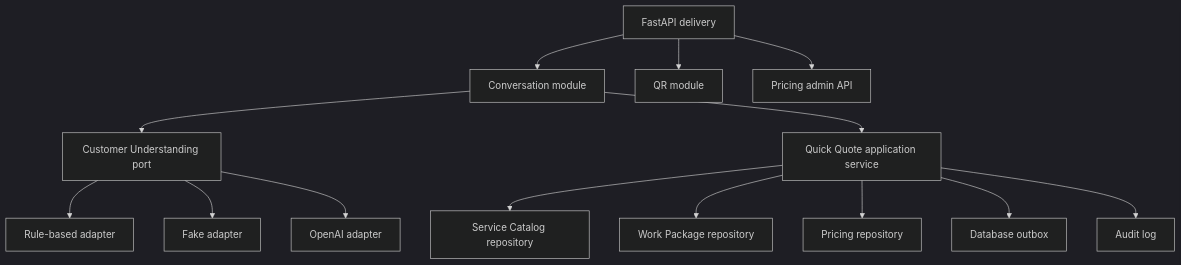
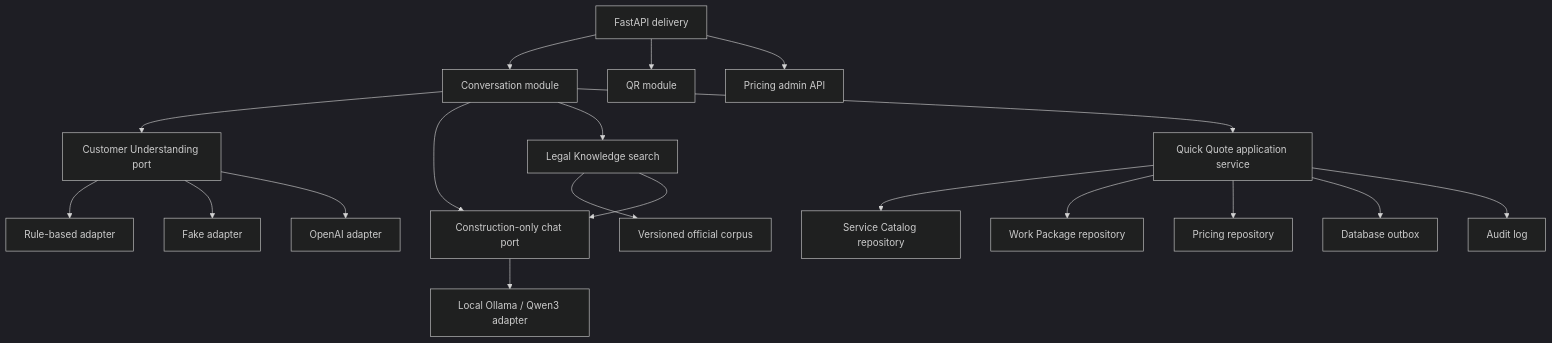
Before and after one commit to twonezerotwo-hue/gursar-ai: the second of 3 diagrams in docs/architecture/OVERVIEW.md, drawn with Mermaid (dark theme). The commit also changed other lines of this file and 39 other files, not shown here.

Commit message:
feat: add local construction AI and premium quote flows

````diff
--- a/docs/architecture/OVERVIEW.md
+++ b/docs/architecture/OVERVIEW.md
@@ -26,16 +26,21 @@
 ```mermaid
 flowchart TB
     API["FastAPI delivery"] --> Conversation["Conversation module"]
     API --> QR["QR module"]
     API --> PricingAdmin["Pricing admin API"]
     Conversation --> Understanding["Customer Understanding port"]
+    Conversation --> ConstructionChat["Construction-only chat port"]
     Understanding --> RuleBased["Rule-based adapter"]
     Understanding --> Fake["Fake adapter"]
     Understanding --> OpenAI["OpenAI adapter"]
+    ConstructionChat --> Ollama["Local Ollama / Qwen3 adapter"]
+    Conversation --> LegalSearch["Legal Knowledge search"]
+    LegalSearch --> OfficialCorpus["Versioned official corpus"]
+    LegalSearch --> ConstructionChat
     Conversation --> Quote["Quick Quote application service"]
     Quote --> Catalog["Service Catalog repository"]
     Quote --> WorkPackage["Work Package repository"]
     Quote --> Pricing["Pricing repository"]
     Quote --> Outbox["Database outbox"]
     Quote --> Audit["Audit log"]
 ```
````
